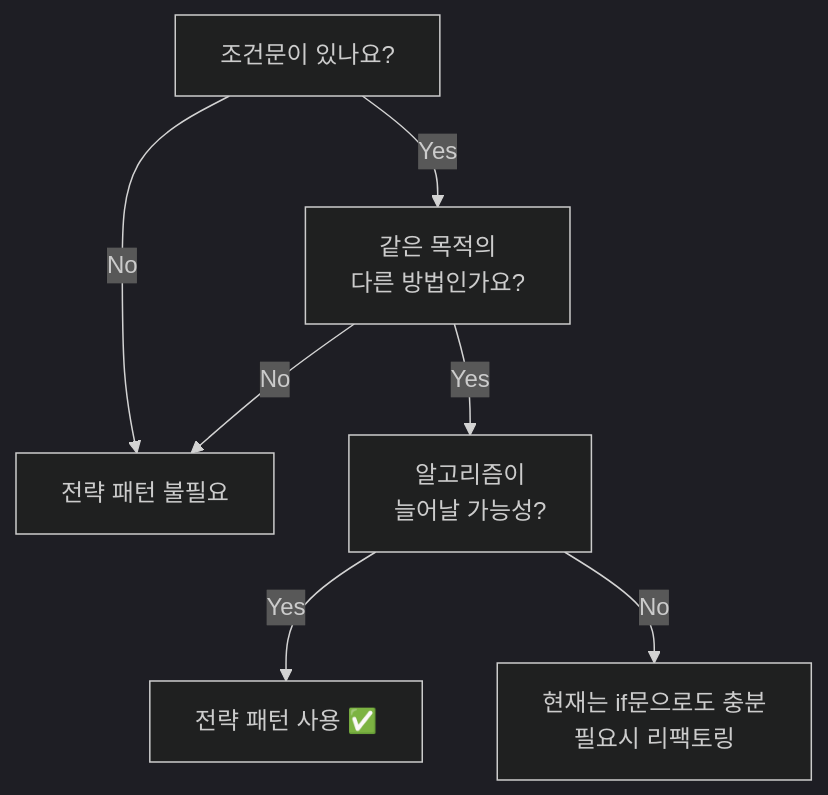
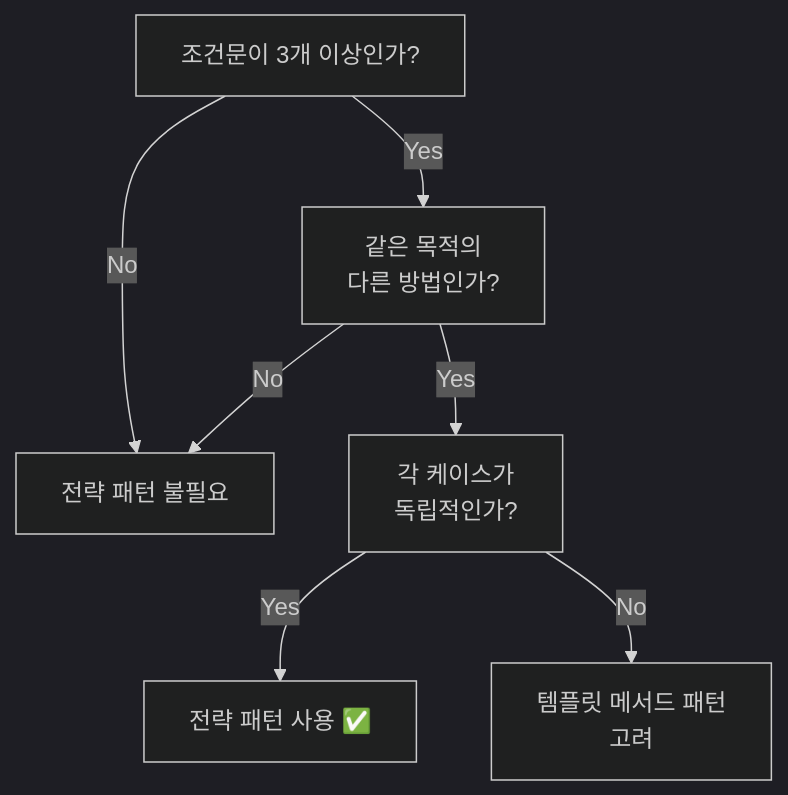
Before and after one commit to chan9yu/head-first-design-pattern: the second of 2 diagrams in doeun/01.전략_패턴.md, drawn with Mermaid (dark theme). The commit also changed other lines of this file, not shown here.

````diff
--- a/doeun/01.전략_패턴.md
+++ b/doeun/01.전략_패턴.md
@@ -248,9 +517,9 @@
 ```mermaid
 flowchart TD
-    A[조건문이 있나요?] -->|Yes| B[같은 목적의<br/>다른 방법인가요?]
+    A[조건문이 3개 이상인가?] -->|Yes| B[같은 목적의<br/>다른 방법인가?]
     A -->|No| E[전략 패턴 불필요]
-    B -->|Yes| C[알고리즘이<br/>늘어날 가능성?]
+    B -->|Yes| C[각 케이스가<br/>독립적인가?]
     B -->|No| E
     C -->|Yes| D[전략 패턴 사용 ✅]
-    C -->|No| F[현재는 if문으로도 충분<br/>필요시 리팩토링]
+    C -->|No| F[템플릿 메서드 패턴<br/>고려]
 ```
````
